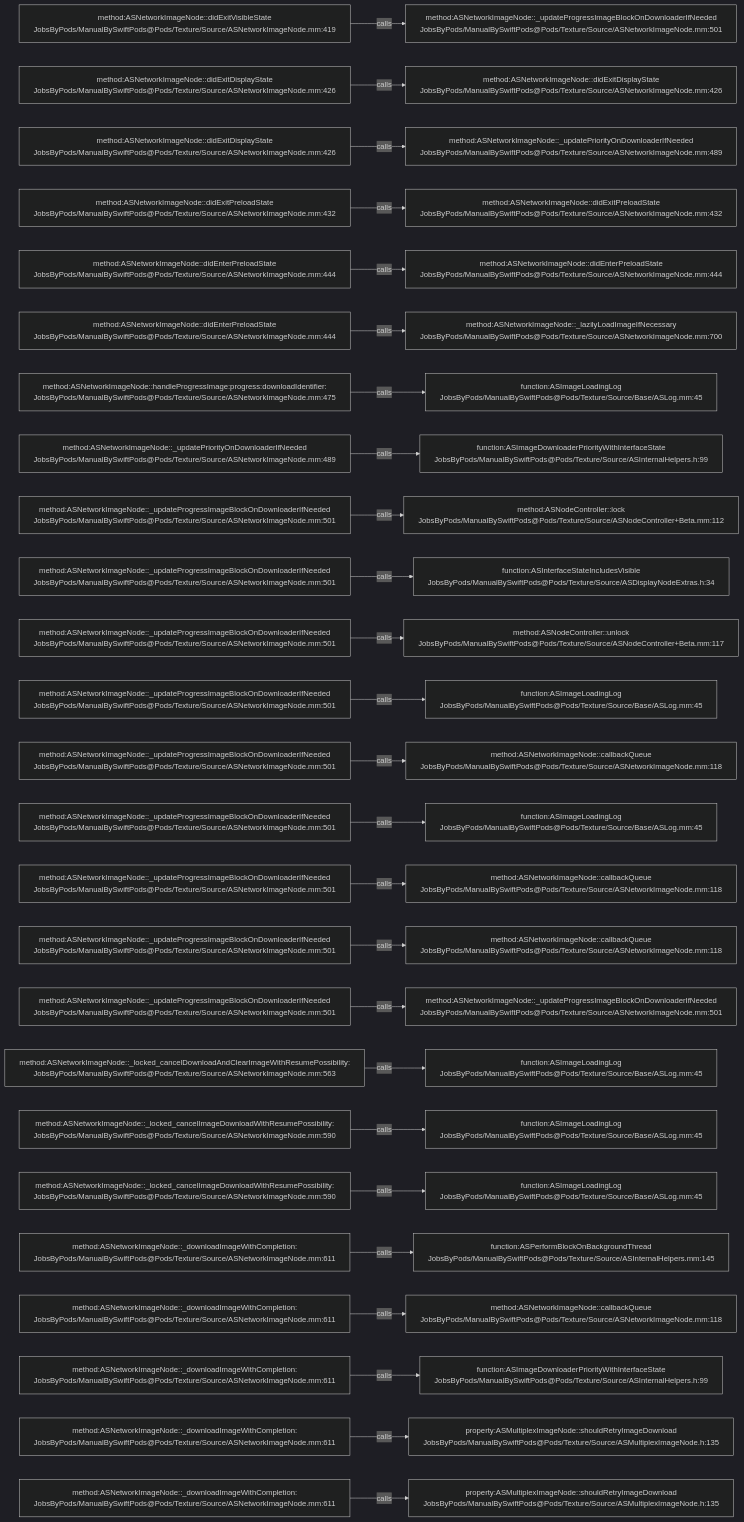
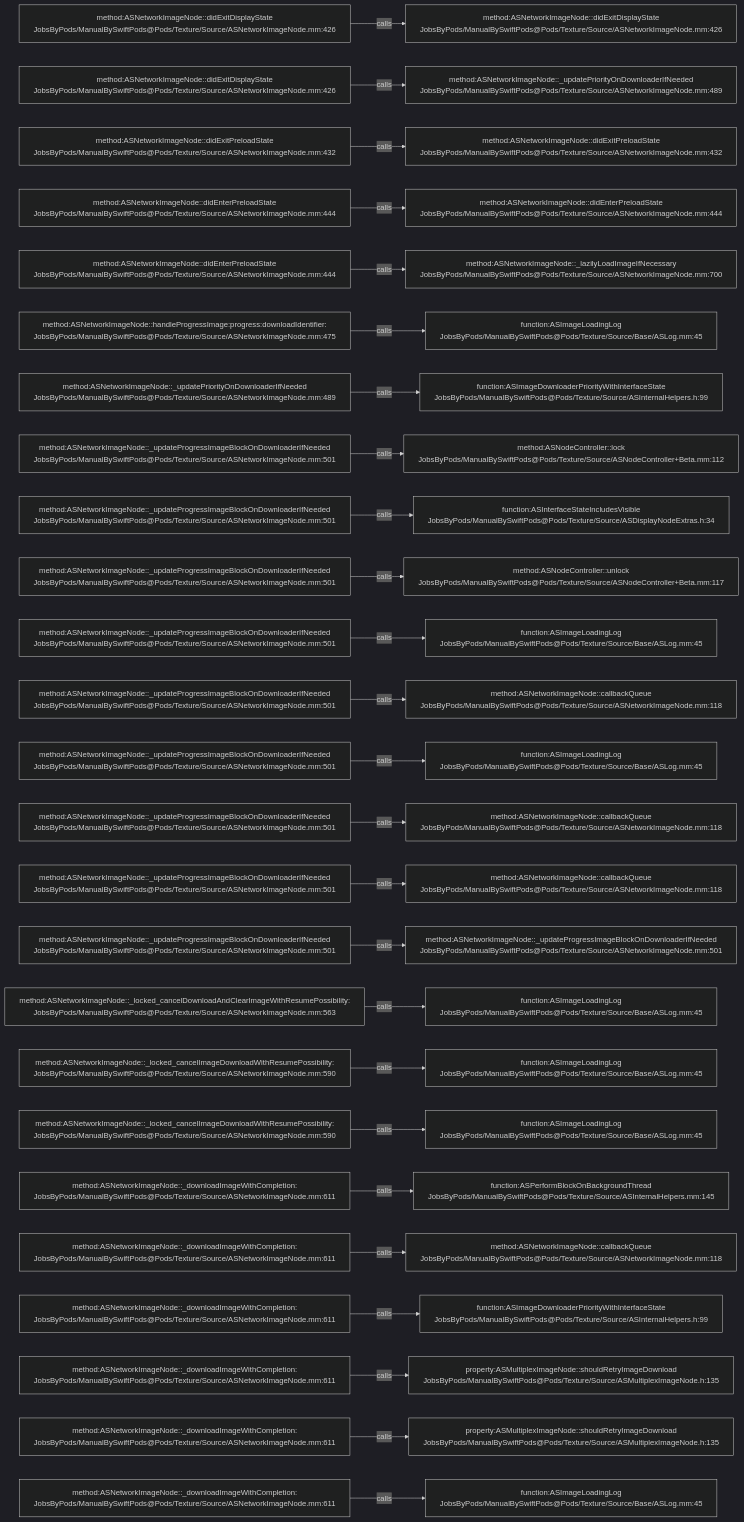
The diagram in .codegraph/codegraph.md/graphs/calls-050.md (JobsKits/JobsSwiftBaseConfigDemo), drawn with Mermaid (dark theme) before and after one commit. The commit also changed 747 other files, not shown here.

````diff
--- a/.codegraph/codegraph.md/graphs/calls-050.md
+++ b/.codegraph/codegraph.md/graphs/calls-050.md
@@ -13,78 +13,78 @@
 ```mermaid
 flowchart LR
-  S1["method:ASNetworkImageNode::didExitVisibleState<br/>JobsByPods/ManualBySwiftPods@Pods/Texture/Source/ASNetworkImageNode.mm:419"]
-  T1["method:ASNetworkImageNode::_updateProgressImageBlockOnDownloaderIfNeeded<br/>JobsByPods/ManualBySwiftPods@Pods/Texture/Source/ASNetworkImageNode.mm:501"]
+  S1["method:ASNetworkImageNode::didExitDisplayState<br/>JobsByPods/ManualBySwiftPods@Pods/Texture/Source/ASNetworkImageNode.mm:426"]
+  T1["method:ASNetworkImageNode::didExitDisplayState<br/>JobsByPods/ManualBySwiftPods@Pods/Texture/Source/ASNetworkImageNode.mm:426"]
   S1 -->|calls| T1
   S2["method:ASNetworkImageNode::didExitDisplayState<br/>JobsByPods/ManualBySwiftPods@Pods/Texture/Source/ASNetworkImageNode.mm:426"]
-  T2["method:ASNetworkImageNode::didExitDisplayState<br/>JobsByPods/ManualBySwiftPods@Pods/Texture/Source/ASNetworkImageNode.mm:426"]
+  T2["method:ASNetworkImageNode::_updatePriorityOnDownloaderIfNeeded<br/>JobsByPods/ManualBySwiftPods@Pods/Texture/Source/ASNetworkImageNode.mm:489"]
   S2 -->|calls| T2
-  S3["method:ASNetworkImageNode::didExitDisplayState<br/>JobsByPods/ManualBySwiftPods@Pods/Texture/Source/ASNetworkImageNode.mm:426"]
-  T3["method:ASNetworkImageNode::_updatePriorityOnDownloaderIfNeeded<br/>JobsByPods/ManualBySwiftPods@Pods/Texture/Source/ASNetworkImageNode.mm:489"]
+  S3["method:ASNetworkImageNode::didExitPreloadState<br/>JobsByPods/ManualBySwiftPods@Pods/Texture/Source/ASNetworkImageNode.mm:432"]
+  T3["method:ASNetworkImageNode::didExitPreloadState<br/>JobsByPods/ManualBySwiftPods@Pods/Texture/Source/ASNetworkImageNode.mm:432"]
   S3 -->|calls| T3
-  S4["method:ASNetworkImageNode::didExitPreloadState<br/>JobsByPods/ManualBySwiftPods@Pods/Texture/Source/ASNetworkImageNode.mm:432"]
-  T4["method:ASNetworkImageNode::didExitPreloadState<br/>JobsByPods/ManualBySwiftPods@Pods/Texture/Source/ASNetworkImageNode.mm:432"]
+  S4["method:ASNetworkImageNode::didEnterPreloadState<br/>JobsByPods/ManualBySwiftPods@Pods/Texture/Source/ASNetworkImageNode.mm:444"]
+  T4["method:ASNetworkImageNode::didEnterPreloadState<br/>JobsByPods/ManualBySwiftPods@Pods/Texture/Source/ASNetworkImageNode.mm:444"]
   S4 -->|calls| T4
   S5["method:ASNetworkImageNode::didEnterPreloadState<br/>JobsByPods/ManualBySwiftPods@Pods/Texture/Source/ASNetworkImageNode.mm:444"]
-  T5["method:ASNetworkImageNode::didEnterPreloadState<br/>JobsByPods/ManualBySwiftPods@Pods/Texture/Source/ASNetworkImageNode.mm:444"]
+  T5["method:ASNetworkImageNode::_lazilyLoadImageIfNecessary<br/>JobsByPods/ManualBySwiftPods@Pods/Texture/Source/ASNetworkImageNode.mm:700"]
   S5 -->|calls| T5
-  S6["method:ASNetworkImageNode::didEnterPreloadState<br/>JobsByPods/ManualBySwiftPods@Pods/Texture/Source/ASNetworkImageNode.mm:444"]
-  T6["method:ASNetworkImageNode::_lazilyLoadImageIfNecessary<br/>JobsByPods/ManualBySwiftPods@Pods/Texture/Source/ASNetworkImageNode.mm:700"]
+  S6["method:ASNetworkImageNode::handleProgressImage:progress:downloadIdentifier:<br/>JobsByPods/ManualBySwiftPods@Pods/Texture/Source/ASNetworkImageNode.mm:475"]
+  T6["function:ASImageLoadingLog<br/>JobsByPods/ManualBySwiftPods@Pods/Texture/Source/Base/ASLog.mm:45"]
   S6 -->|calls| T6
-  S7["method:ASNetworkImageNode::handleProgressImage:progress:downloadIdentifier:<br/>JobsByPods/ManualBySwiftPods@Pods/Texture/Source/ASNetworkImageNode.mm:475"]
-  T7["function:ASImageLoadingLog<br/>JobsByPods/ManualBySwiftPods@Pods/Texture/Source/Base/ASLog.mm:45"]
+  S7["method:ASNetworkImageNode::_updatePriorityOnDownloaderIfNeeded<br/>JobsByPods/ManualBySwiftPods@Pods/Texture/Source/ASNetworkImageNode.mm:489"]
+  T7["function:ASImageDownloaderPriorityWithInterfaceState<br/>JobsByPods/ManualBySwiftPods@Pods/Texture/Source/ASInternalHelpers.h:99"]
   S7 -->|calls| T7
-  S8["method:ASNetworkImageNode::_updatePriorityOnDownloaderIfNeeded<br/>JobsByPods/ManualBySwiftPods@Pods/Texture/Source/ASNetworkImageNode.mm:489"]
-  T8["function:ASImageDownloaderPriorityWithInterfaceState<br/>JobsByPods/ManualBySwiftPods@Pods/Texture/Source/ASInternalHelpers.h:99"]
+  S8["method:ASNetworkImageNode::_updateProgressImageBlockOnDownloaderIfNeeded<br/>JobsByPods/ManualBySwiftPods@Pods/Texture/Source/ASNetworkImageNode.mm:501"]
+  T8["method:ASNodeController::lock<br/>JobsByPods/ManualBySwiftPods@Pods/Texture/Source/ASNodeController+Beta.mm:112"]
   S8 -->|calls| T8
   S9["method:ASNetworkImageNode::_updateProgressImageBlockOnDownloaderIfNeeded<br/>JobsByPods/ManualBySwiftPods@Pods/Texture/Source/ASNetworkImageNode.mm:501"]
-  T9["method:ASNodeController::lock<br/>JobsByPods/ManualBySwiftPods@Pods/Texture/Source/ASNodeController+Beta.mm:112"]
+  T9["function:ASInterfaceStateIncludesVisible<br/>JobsByPods/ManualBySwiftPods@Pods/Texture/Source/ASDisplayNodeExtras.h:34"]
   S9 -->|calls| T9
   S10["method:ASNetworkImageNode::_updateProgressImageBlockOnDownloaderIfNeeded<br/>JobsByPods/ManualBySwiftPods@Pods/Texture/Source/ASNetworkImageNode.mm:501"]
-  T10["function:ASInterfaceStateIncludesVisible<br/>JobsByPods/ManualBySwiftPods@Pods/Texture/Source/ASDisplayNodeExtras.h:34"]
+  T10["method:ASNodeController::unlock<br/>JobsByPods/ManualBySwiftPods@Pods/Texture/Source/ASNodeController+Beta.mm:117"]
   S10 -->|calls| T10
   S11["method:ASNetworkImageNode::_updateProgressImageBlockOnDownloaderIfNeeded<br/>JobsByPods/ManualBySwiftPods@Pods/Texture/Source/ASNetworkImageNode.mm:501"]
-  T11["method:ASNodeController::unlock<br/>JobsByPods/ManualBySwiftPods@Pods/Texture/Source/ASNodeController+Beta.mm:117"]
+  T11["function:ASImageLoadingLog<br/>JobsByPods/ManualBySwiftPods@Pods/Texture/Source/Base/ASLog.mm:45"]
   S11 -->|calls| T11
   S12["method:ASNetworkImageNode::_updateProgressImageBlockOnDownloaderIfNeeded<br/>JobsByPods/ManualBySwiftPods@Pods/Texture/Source/ASNetworkImageNode.mm:501"]
-  T12["function:ASImageLoadingLog<br/>JobsByPods/ManualBySwiftPods@Pods/Texture/Source/Base/ASLog.mm:45"]
+  T12["method:ASNetworkImageNode::callbackQueue<br/>JobsByPods/ManualBySwiftPods@Pods/Texture/Source/ASNetworkImageNode.mm:118"]
   S12 -->|calls| T12
   S13["method:ASNetworkImageNode::_updateProgressImageBlockOnDownloaderIfNeeded<br/>JobsByPods/ManualBySwiftPods@Pods/Texture/Source/ASNetworkImageNode.mm:501"]
-  T13["method:ASNetworkImageNode::callbackQueue<br/>JobsByPods/ManualBySwiftPods@Pods/Texture/Source/ASNetworkImageNode.mm:118"]
+  T13["function:ASImageLoadingLog<br/>JobsByPods/ManualBySwiftPods@Pods/Texture/Source/Base/ASLog.mm:45"]
   S13 -->|calls| T13
   S14["method:ASNetworkImageNode::_updateProgressImageBlockOnDownloaderIfNeeded<br/>JobsByPods/ManualBySwiftPods@Pods/Texture/Source/ASNetworkImageNode.mm:501"]
-  T14["function:ASImageLoadingLog<br/>JobsByPods/ManualBySwiftPods@Pods/Texture/Source/Base/ASLog.mm:45"]
+  T14["method:ASNetworkImageNode::callbackQueue<br/>JobsByPods/ManualBySwiftPods@Pods/Texture/Source/ASNetworkImageNode.mm:118"]
   S14 -->|calls| T14
   S15["method:ASNetworkImageNode::_updateProgressImageBlockOnDownloaderIfNeeded<br/>JobsByPods/ManualBySwiftPods@Pods/Texture/Source/ASNetworkImageNode.mm:501"]
   T15["method:ASNetworkImageNode::callbackQueue<br/>JobsByPods/ManualBySwiftPods@Pods/Texture/Source/ASNetworkImageNode.mm:118"]
   S15 -->|calls| T15
   S16["method:ASNetworkImageNode::_updateProgressImageBlockOnDownloaderIfNeeded<br/>JobsByPods/ManualBySwiftPods@Pods/Texture/Source/ASNetworkImageNode.mm:501"]
-  T16["method:ASNetworkImageNode::callbackQueue<br/>JobsByPods/ManualBySwiftPods@Pods/Texture/Source/ASNetworkImageNode.mm:118"]
+  T16["method:ASNetworkImageNode::_updateProgressImageBlockOnDownloaderIfNeeded<br/>JobsByPods/ManualBySwiftPods@Pods/Texture/Source/ASNetworkImageNode.mm:501"]
   S16 -->|calls| T16
-  S17["method:ASNetworkImageNode::_updateProgressImageBlockOnDownloaderIfNeeded<br/>JobsByPods/ManualBySwiftPods@Pods/Texture/Source/ASNetworkImageNode.mm:501"]
-  T17["method:ASNetworkImageNode::_updateProgressImageBlockOnDownloaderIfNeeded<br/>JobsByPods/ManualBySwiftPods@Pods/Texture/Source/ASNetworkImageNode.mm:501"]
+  S17["method:ASNetworkImageNode::_locked_cancelDownloadAndClearImageWithResumePossibility:<br/>JobsByPods/ManualBySwiftPods@Pods/Texture/Source/ASNetworkImageNode.mm:563"]
+  T17["function:ASImageLoadingLog<br/>JobsByPods/ManualBySwiftPods@Pods/Texture/Source/Base/ASLog.mm:45"]
   S17 -->|calls| T17
-  S18["method:ASNetworkImageNode::_locked_cancelDownloadAndClearImageWithResumePossibility:<br/>JobsByPods/ManualBySwiftPods@Pods/Texture/Source/ASNetworkImageNode.mm:563"]
+  S18["method:ASNetworkImageNode::_locked_cancelImageDownloadWithResumePossibility:<br/>JobsByPods/ManualBySwiftPods@Pods/Texture/Source/ASNetworkImageNode.mm:590"]
   T18["function:ASImageLoadingLog<br/>JobsByPods/ManualBySwiftPods@Pods/Texture/Source/Base/ASLog.mm:45"]
   S18 -->|calls| T18
   S19["method:ASNetworkImageNode::_locked_cancelImageDownloadWithResumePossibility:<br/>JobsByPods/ManualBySwiftPods@Pods/Texture/Source/ASNetworkImageNode.mm:590"]
   T19["function:ASImageLoadingLog<br/>JobsByPods/ManualBySwiftPods@Pods/Texture/Source/Base/ASLog.mm:45"]
   S19 -->|calls| T19
-  S20["method:ASNetworkImageNode::_locked_cancelImageDownloadWithResumePossibility:<br/>JobsByPods/ManualBySwiftPods@Pods/Texture/Source/ASNetworkImageNode.mm:590"]
-  T20["function:ASImageLoadingLog<br/>JobsByPods/ManualBySwiftPods@Pods/Texture/Source/Base/ASLog.mm:45"]
+  S20["method:ASNetworkImageNode::_downloadImageWithCompletion:<br/>JobsByPods/ManualBySwiftPods@Pods/Texture/Source/ASNetworkImageNode.mm:611"]
+  T20["function:ASPerformBlockOnBackgroundThread<br/>JobsByPods/ManualBySwiftPods@Pods/Texture/Source/ASInternalHelpers.mm:145"]
   S20 -->|calls| T20
   S21["method:ASNetworkImageNode::_downloadImageWithCompletion:<br/>JobsByPods/ManualBySwiftPods@Pods/Texture/Source/ASNetworkImageNode.mm:611"]
-  T21["function:ASPerformBlockOnBackgroundThread<br/>JobsByPods/ManualBySwiftPods@Pods/Texture/Source/ASInternalHelpers.mm:145"]
+  T21["method:ASNetworkImageNode::callbackQueue<br/>JobsByPods/ManualBySwiftPods@Pods/Texture/Source/ASNetworkImageNode.mm:118"]
   S21 -->|calls| T21
   S22["method:ASNetworkImageNode::_downloadImageWithCompletion:<br/>JobsByPods/ManualBySwiftPods@Pods/Texture/Source/ASNetworkImageNode.mm:611"]
-  T22["method:ASNetworkImageNode::callbackQueue<br/>JobsByPods/ManualBySwiftPods@Pods/Texture/Source/ASNetworkImageNode.mm:118"]
+  T22["function:ASImageDownloaderPriorityWithInterfaceState<br/>JobsByPods/ManualBySwiftPods@Pods/Texture/Source/ASInternalHelpers.h:99"]
   S22 -->|calls| T22
   S23["method:ASNetworkImageNode::_downloadImageWithCompletion:<br/>JobsByPods/ManualBySwiftPods@Pods/Texture/Source/ASNetworkImageNode.mm:611"]
-  T23["function:ASImageDownloaderPriorityWithInterfaceState<br/>JobsByPods/ManualBySwiftPods@Pods/Texture/Source/ASInternalHelpers.h:99"]
+  T23["property:ASMultiplexImageNode::shouldRetryImageDownload<br/>JobsByPods/ManualBySwiftPods@Pods/Texture/Source/ASMultiplexImageNode.h:135"]
   S23 -->|calls| T23
   S24["method:ASNetworkImageNode::_downloadImageWithCompletion:<br/>JobsByPods/ManualBySwiftPods@Pods/Texture/Source/ASNetworkImageNode.mm:611"]
   T24["property:ASMultiplexImageNode::shouldRetryImageDownload<br/>JobsByPods/ManualBySwiftPods@Pods/Texture/Source/ASMultiplexImageNode.h:135"]
   S24 -->|calls| T24
   S25["method:ASNetworkImageNode::_downloadImageWithCompletion:<br/>JobsByPods/ManualBySwiftPods@Pods/Texture/Source/ASNetworkImageNode.mm:611"]
-  T25["property:ASMultiplexImageNode::shouldRetryImageDownload<br/>JobsByPods/ManualBySwiftPods@Pods/Texture/Source/ASMultiplexImageNode.h:135"]
+  T25["function:ASImageLoadingLog<br/>JobsByPods/ManualBySwiftPods@Pods/Texture/Source/Base/ASLog.mm:45"]
   S25 -->|calls| T25
 ```
````
